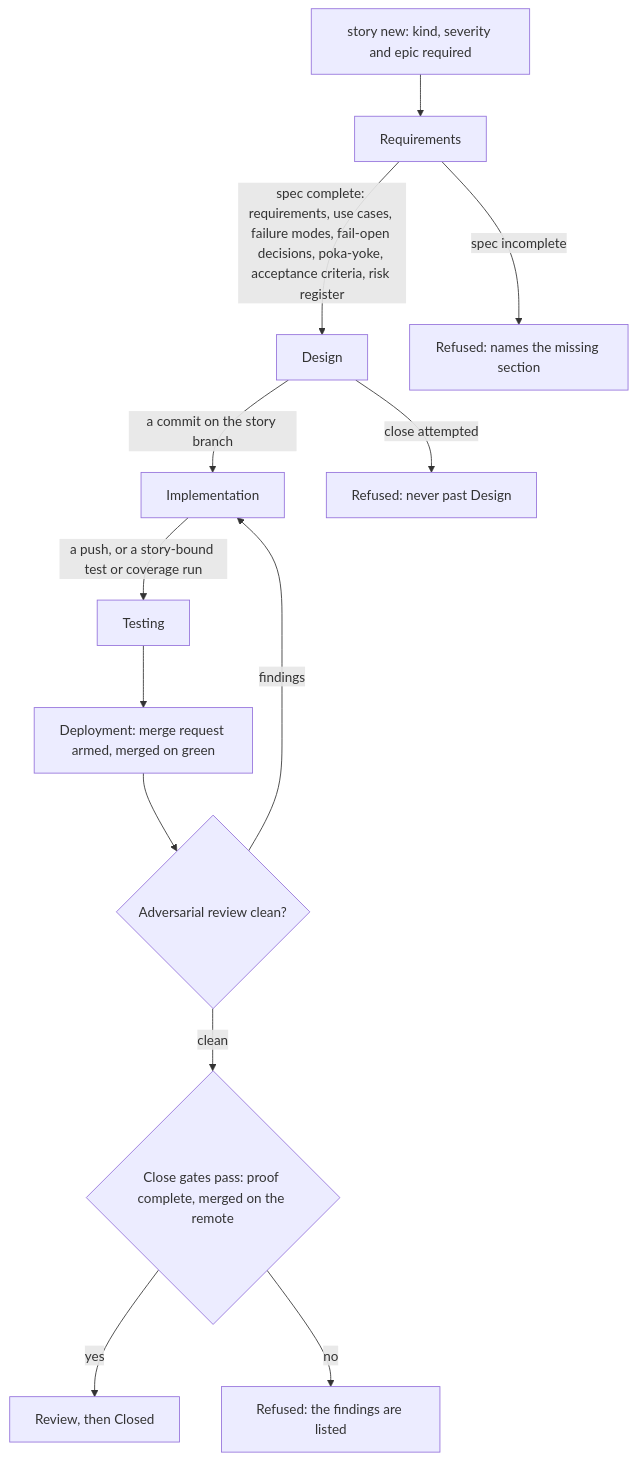
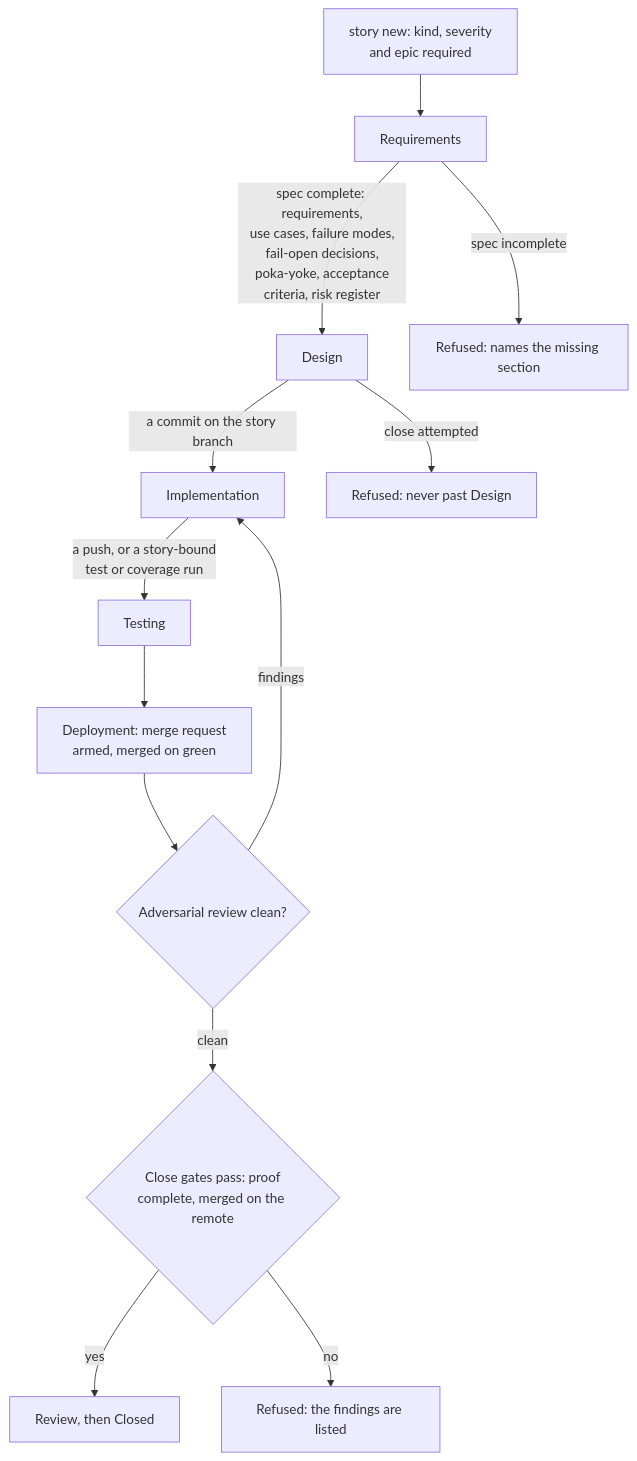
The diagram in docs/AGILE.md (DogmaSolutions/Kyklos), drawn with Mermaid before and after one commit. The commit also changed 38 other files, not shown here.

````diff
--- a/docs/AGILE.md
+++ b/docs/AGILE.md
@@ -47,15 +47,15 @@
 ```mermaid
 flowchart TD
-    N["story new: kind, severity and epic required"] --> RQ["Requirements"]
-    RQ -->|"spec complete: requirements, use cases, failure modes, fail-open decisions, poka-yoke, acceptance criteria, risk register"| DS["Design"]
+    N["story new: kind, severity<br/>and epic required"] --> RQ["Requirements"]
+    RQ -->|"spec complete: requirements,<br/>use cases, failure modes,<br/>fail-open decisions,<br/>poka-yoke, acceptance<br/>criteria, risk register"| DS["Design"]
     RQ -->|"spec incomplete"| X1["Refused: names the missing section"]
     DS -->|"a commit on the story branch"| IM["Implementation"]
-    IM -->|"a push, or a story-bound test or coverage run"| TS["Testing"]
-    TS --> DP["Deployment: merge request armed, merged on green"]
+    IM -->|"a push, or a story-bound<br/>test or coverage run"| TS["Testing"]
+    TS --> DP["Deployment: merge request<br/>armed, merged on green"]
     DP --> AR{"Adversarial review clean?"}
     AR -->|"findings"| IM
-    AR -->|"clean"| CG{"Close gates pass: proof complete, merged on the remote"}
+    AR -->|"clean"| CG{"Close gates pass: proof<br/>complete, merged on the remote"}
     CG -->|"yes"| RV["Review, then Closed"]
     CG -->|"no"| X3["Refused: the findings are listed"]
     DS -->|"close attempted"| X2["Refused: never past Design"]
 ```
````
